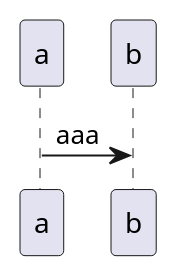
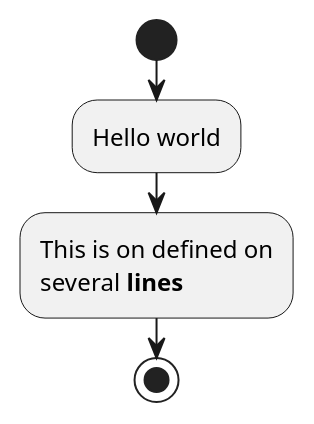
Before and after one commit to mako65jp/documents: the diagram in ドキュメント生産性向上のために.md, drawn with PlantUML. The commit also changed other lines of this file and 4 other files, not shown here.

````diff
--- a/ドキュメント生産性向上のために.md
+++ b/ドキュメント生産性向上のために.md
@@ -179,5 +183,9 @@
-```puml
+```plantuml
 @startuml
-a -> b : aaa
+start
+:Hello world;
+:This is on defined on
+several **lines**;
+stop
 @enduml
 ```
````
